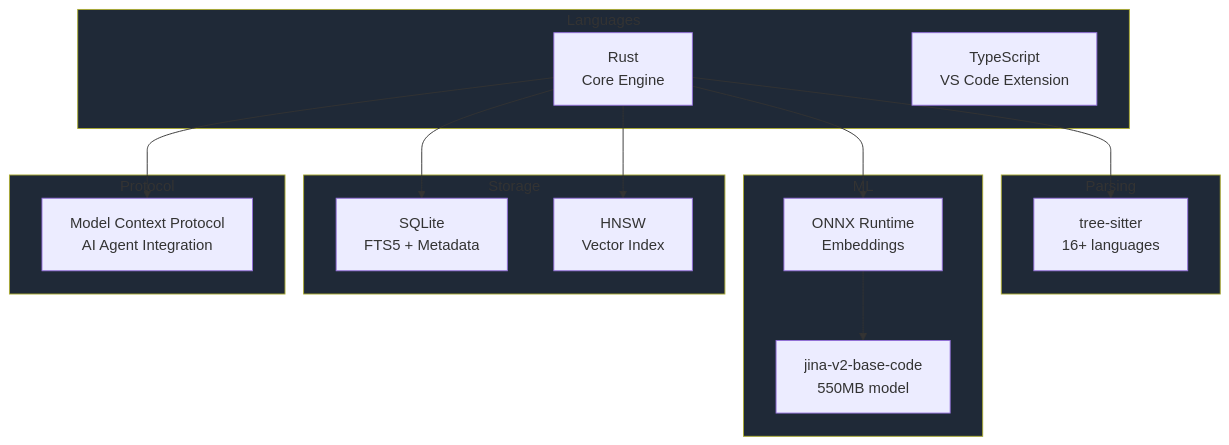
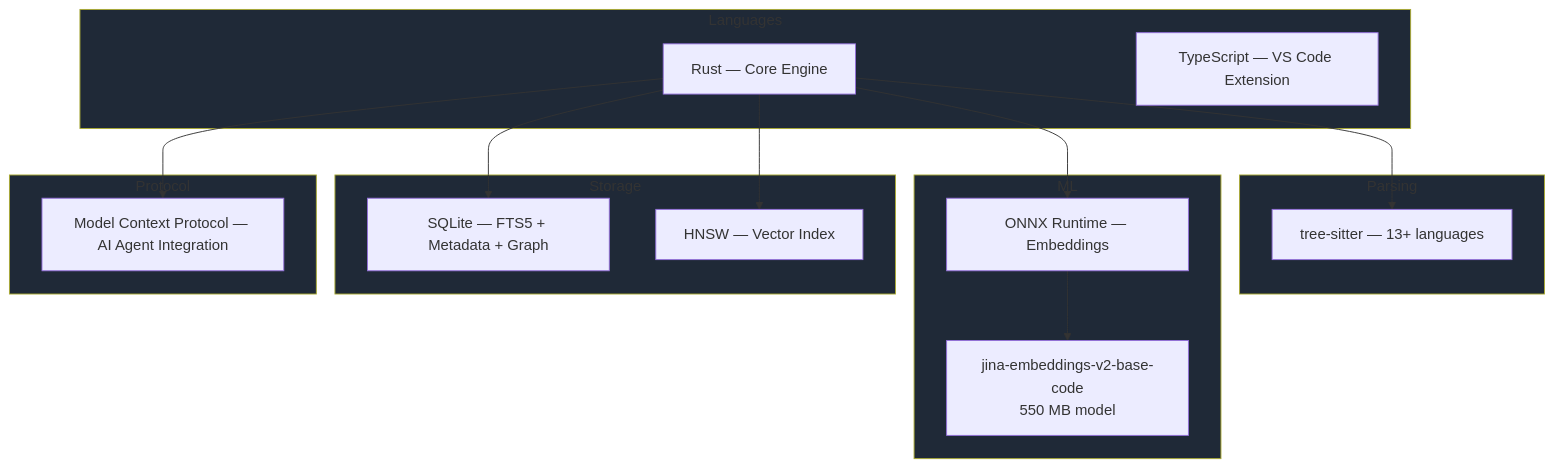
One commit to steeltroops-ai/omnicontext changed diagram 12 of 13 in website/docs/architecture.md. Above: the diagram before and after it, drawn with Mermaid. The commit also changed other lines of this file and 71 other files, not shown here.

````diff
--- a/website/docs/architecture.md
+++ b/website/docs/architecture.md
@@ -444,38 +529,38 @@
 ```mermaid
 graph TB
     subgraph Languages
-        Rust[Rust<br/>Core Engine]
-        TS[TypeScript<br/>VS Code Extension]
+        Rust[Rust — Core Engine]
+        TS[TypeScript — VS Code Extension]
     end
-    
+
     subgraph Parsing
-        TreeSitter[tree-sitter<br/>16+ languages]
+        TreeSitter[tree-sitter — 13+ languages]
     end
-    
+
     subgraph ML
-        ONNX[ONNX Runtime<br/>Embeddings]
-        Jina[jina-v2-base-code<br/>550MB model]
+        ONNX[ONNX Runtime — Embeddings]
+        Jina[jina-embeddings-v2-base-code<br/>550 MB model]
     end
-    
+
     subgraph Storage
-        SQLite[SQLite<br/>FTS5 + Metadata]
-        HNSWLib[HNSW<br/>Vector Index]
+        SQLite[SQLite — FTS5 + Metadata + Graph]
+        HNSWLib[HNSW — Vector Index]
     end
-    
+
     subgraph Protocol
-        MCP[Model Context Protocol<br/>AI Agent Integration]
+        MCP[Model Context Protocol — AI Agent Integration]
     end
-    
+
     Rust --> TreeSitter
     Rust --> ONNX
     Rust --> SQLite
     Rust --> HNSWLib
     Rust --> MCP
     ONNX --> Jina
-    
+
     style Languages fill:#1f2937
     style Parsing fill:#1f2937
     style ML fill:#1f2937
     style Storage fill:#1f2937
     style Protocol fill:#1f2937
 ```
````
